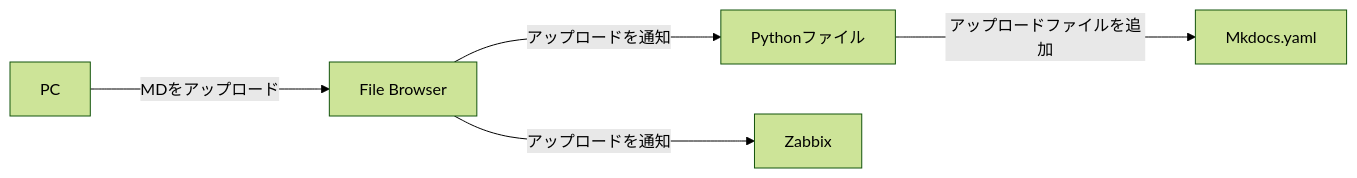
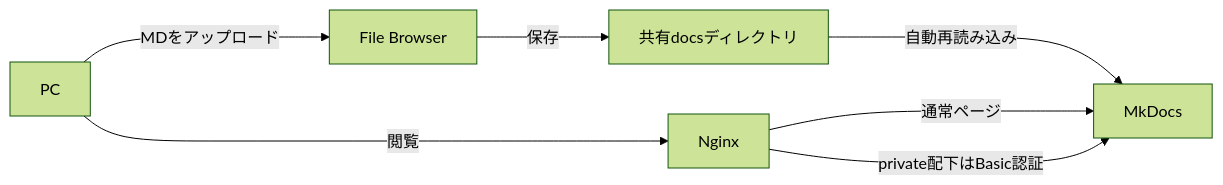
The diagram in 情報通信工学基礎実験 自主課題 構築手順書.md (Aketi-Maika/Aketi-School-LAB), drawn with Mermaid (forest theme) before and after one commit. The commit also changed other lines of this file, not shown here.

````diff
--- a/情報通信工学基礎実験 自主課題 構築手順書.md
+++ b/情報通信工学基礎実験 自主課題 構築手順書.md
@@ -22,7 +23,9 @@
 ```mermaid
 flowchart LR
-A[PC]--MDをアップロード--->B
-B[File Browser]--アップロードを通知--->C
-B--アップロードを通知--->E[Zabbix]
-C[Pythonファイル]--アップロードファイルを追加--->D[Mkdocs.yaml]
+A[PC]--MDをアップロード--->B[File Browser]
+B--保存--->C[共有docsディレクトリ]
+C--自動再読み込み--->D[MkDocs]
+A--閲覧--->E[Nginx]
+E--通常ページ--->D
+E--private配下はBasic認証--->D
 ```
````
